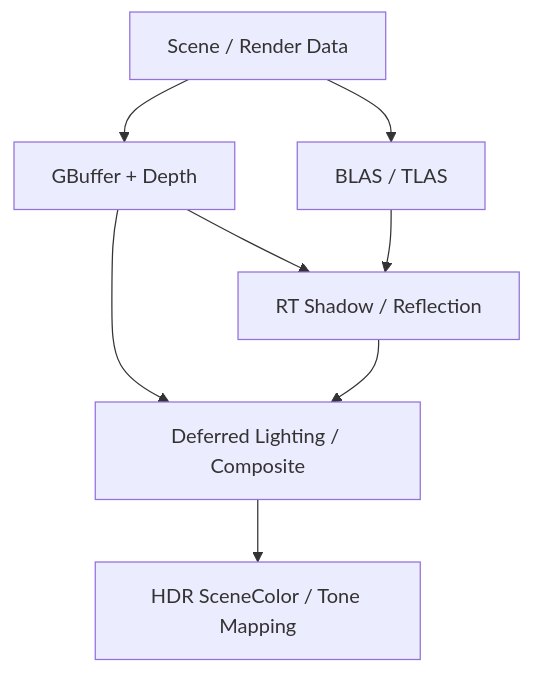
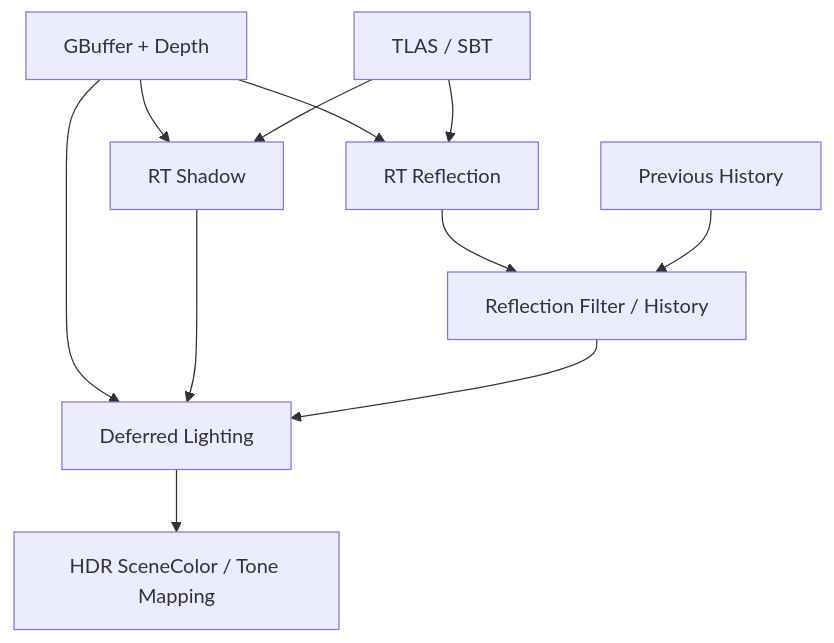
Before and after one commit to jooonyong/DX12-Custom-Renderer: the diagram in README.md, drawn with Mermaid. The commit also changed other lines of this file, not shown here.

Commit message:
docs: refresh hybrid rendering, reflection and threading progress

````diff
--- a/README.md
+++ b/README.md
@@ -49,10 +46,13 @@
 ```mermaid
 flowchart TD
-    A["Scene / Render Data"] --> B["GBuffer + Depth"]
-    A --> C["BLAS / TLAS"]
-    B --> D["RT Shadow / Reflection"]
-    C --> D
-    B --> E["Deferred Lighting / Composite"]
+    A["GBuffer + Depth"] --> B["RT Shadow"]
+    A --> C["RT Reflection"]
+    T["TLAS / SBT"] --> B
+    T --> C
+    C --> D["Reflection Filter / History"]
+    H["Previous History"] --> D
+    A --> E["Deferred Lighting"]
+    B --> E
     D --> E
     E --> F["HDR SceneColor / Tone Mapping"]
 ```
````
